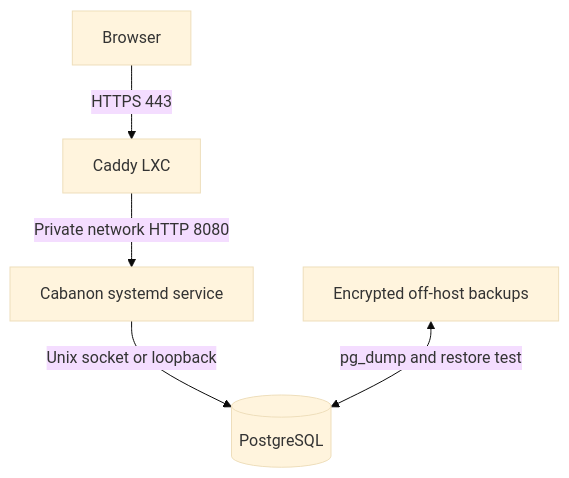
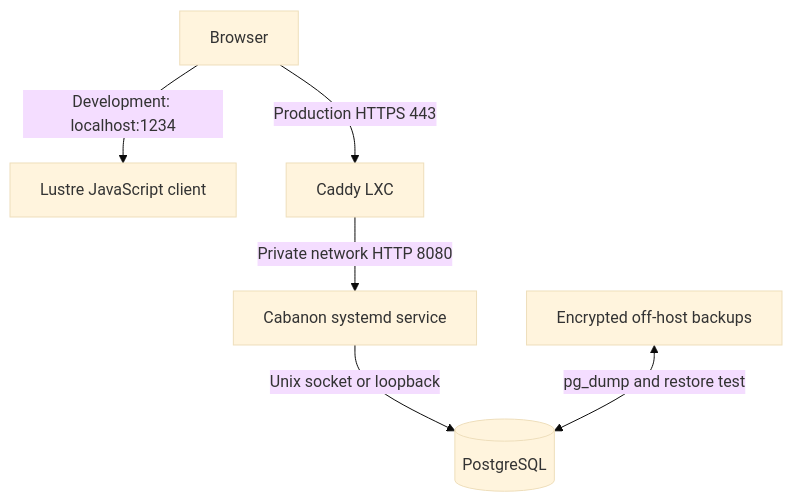
The diagram in docs/architecture.md (mazama923/cabanon), drawn with Mermaid (base theme) before and after one commit. The commit also changed other lines of this file and 22 other files, not shown here.

First line of the commit message:
feat(frontend): add Lustre client and shared domain split

````diff
--- a/docs/architecture.md
+++ b/docs/architecture.md
@@ -9,7 +11,8 @@
 ```mermaid
 flowchart TD
-    Browser[Browser] -->|HTTPS 443| Caddy[Caddy LXC]
+    Browser[Browser] -->|Development: localhost:1234| Client[Lustre JavaScript client]
+    Browser -->|Production HTTPS 443| Caddy[Caddy LXC]
     Caddy -->|Private network HTTP 8080| App[Cabanon systemd service]
     App -->|Unix socket or loopback| Db[(PostgreSQL)]
     Backup[Encrypted off-host backups] <-->|pg_dump and restore test| Db
 ```
````
